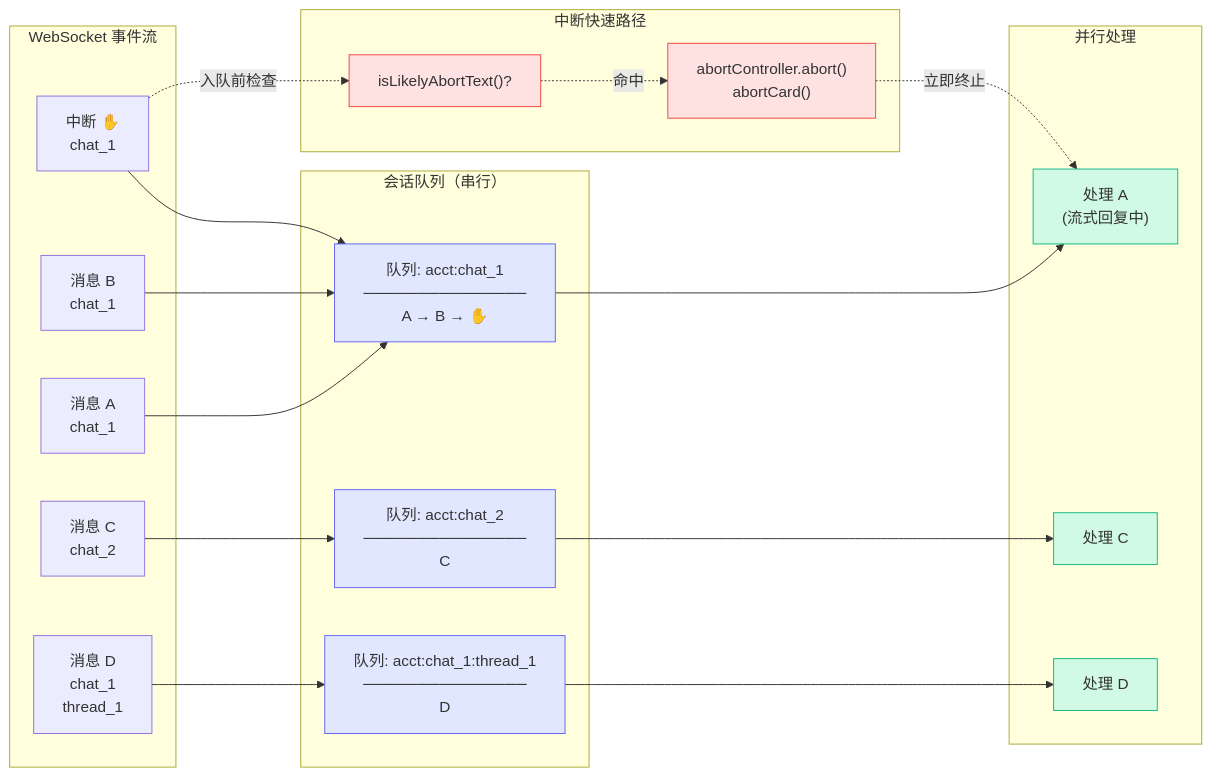
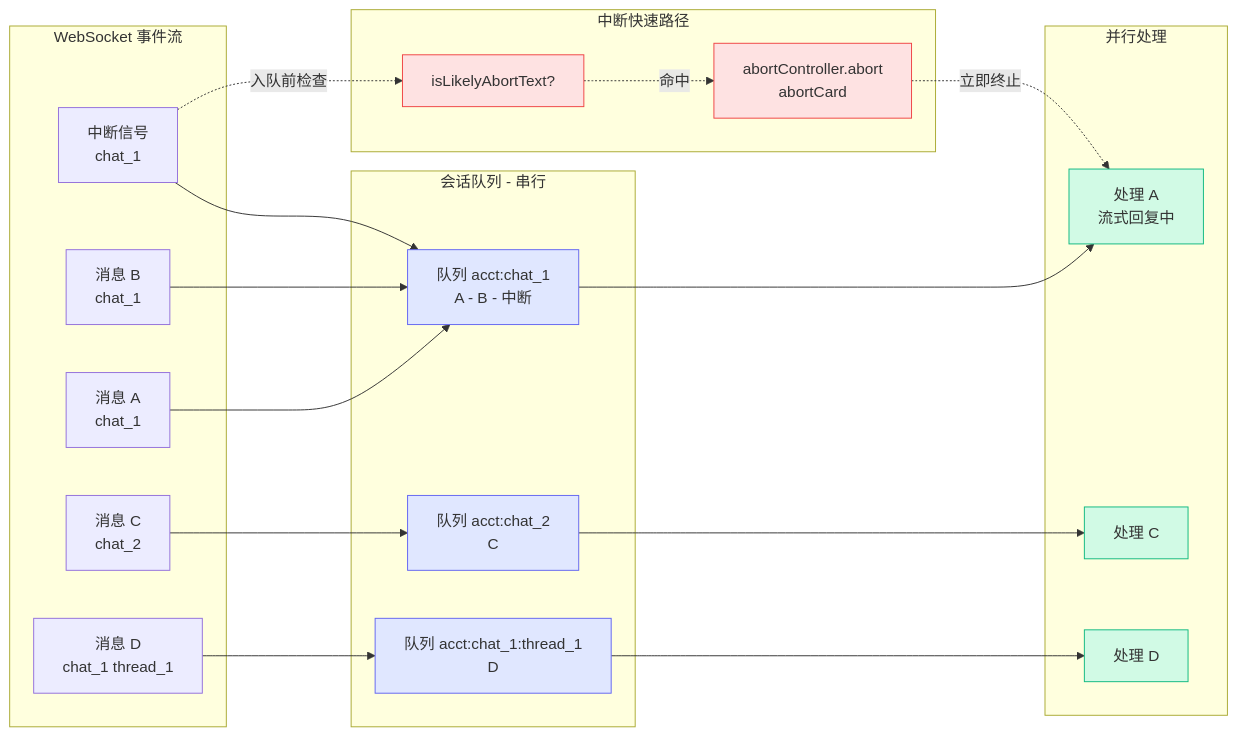
Before and after one commit to seansun32/openclaw-lark: the seventh of 10 diagrams in docs/arch.md, drawn with Mermaid. The commit also changed other lines of this file, not shown here.

First line of the commit message:
fix: remove parentheses from Mermaid node labels to fix GitHub rendering

````diff
--- a/docs/arch.md
+++ b/docs/arch.md
@@ -529,49 +519,49 @@
 ```mermaid
 flowchart LR
     subgraph Events["WebSocket 事件流"]
         E1["消息 A<br/>chat_1"]
         E2["消息 B<br/>chat_1"]
         E3["消息 C<br/>chat_2"]
-        E4["消息 D<br/>chat_1<br/>thread_1"]
-        E5["中断 ✋<br/>chat_1"]
+        E4["消息 D<br/>chat_1 thread_1"]
+        E5["中断信号<br/>chat_1"]
     end
 
-    subgraph Queues["会话队列（串行）"]
-        Q1["队列: acct:chat_1<br/>───────────────<br/>A → B → ✋"]
-        Q2["队列: acct:chat_2<br/>───────────────<br/>C"]
-        Q3["队列: acct:chat_1:thread_1<br/>───────────────<br/>D"]
+    subgraph Queues["会话队列 - 串行"]
+        Q1["队列 acct:chat_1<br/>A - B - 中断"]
+        Q2["队列 acct:chat_2<br/>C"]
+        Q3["队列 acct:chat_1:thread_1<br/>D"]
     end
 
     subgraph Processing["并行处理"]
-        P1["处理 A<br/>(流式回复中)"]
+        P1["处理 A<br/>流式回复中"]
         P2["处理 C"]
         P3["处理 D"]
     end
 
     E1 --> Q1
     E2 --> Q1
     E5 --> Q1
     E3 --> Q2
     E4 --> Q3
 
     Q1 --> P1
     Q2 --> P2
     Q3 --> P3
 
     subgraph AbortPath["中断快速路径"]
-        AbortCheck["isLikelyAbortText()?"]
-        AbortAction["abortController.abort()<br/>abortCard()"]
+        AbortCheck["isLikelyAbortText?"]
+        AbortAction["abortController.abort<br/>abortCard"]
     end
 
     E5 -.->|入队前检查| AbortCheck
     AbortCheck -.->|命中| AbortAction
     AbortAction -.->|立即终止| P1
 
     classDef queue fill:#e0e7ff,stroke:#6366f1
     classDef proc fill:#d1fae5,stroke:#10b981
     classDef abort fill:#fee2e2,stroke:#ef4444
 
     class Q1,Q2,Q3 queue
     class P1,P2,P3 proc
     class AbortCheck,AbortAction abort
 ```
````
